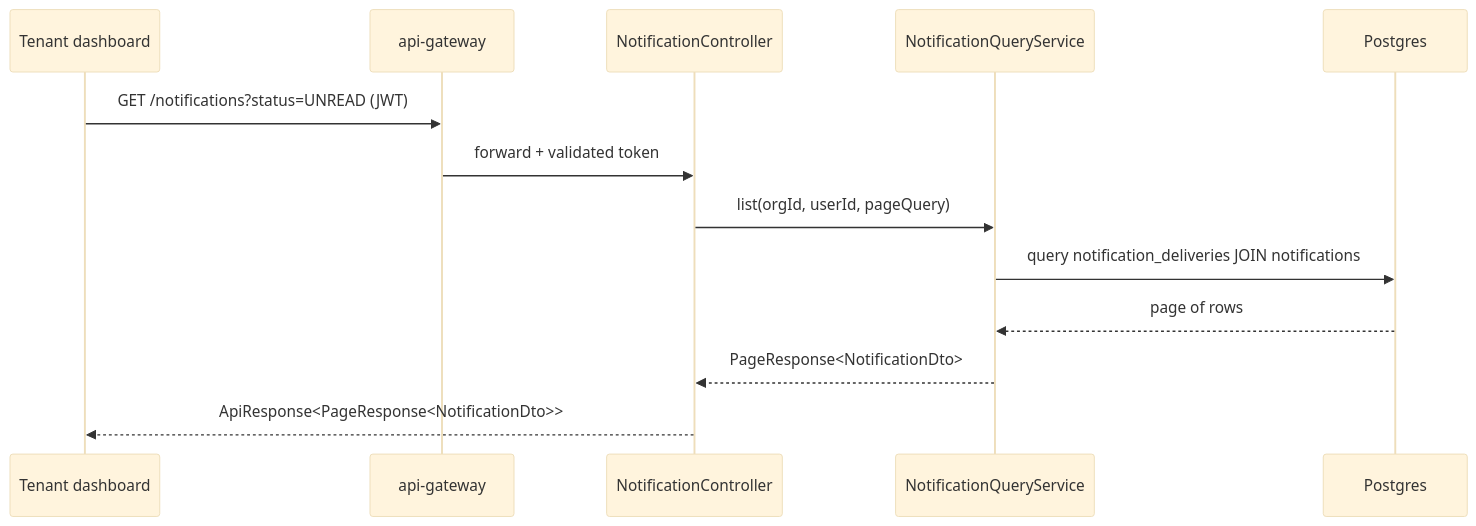
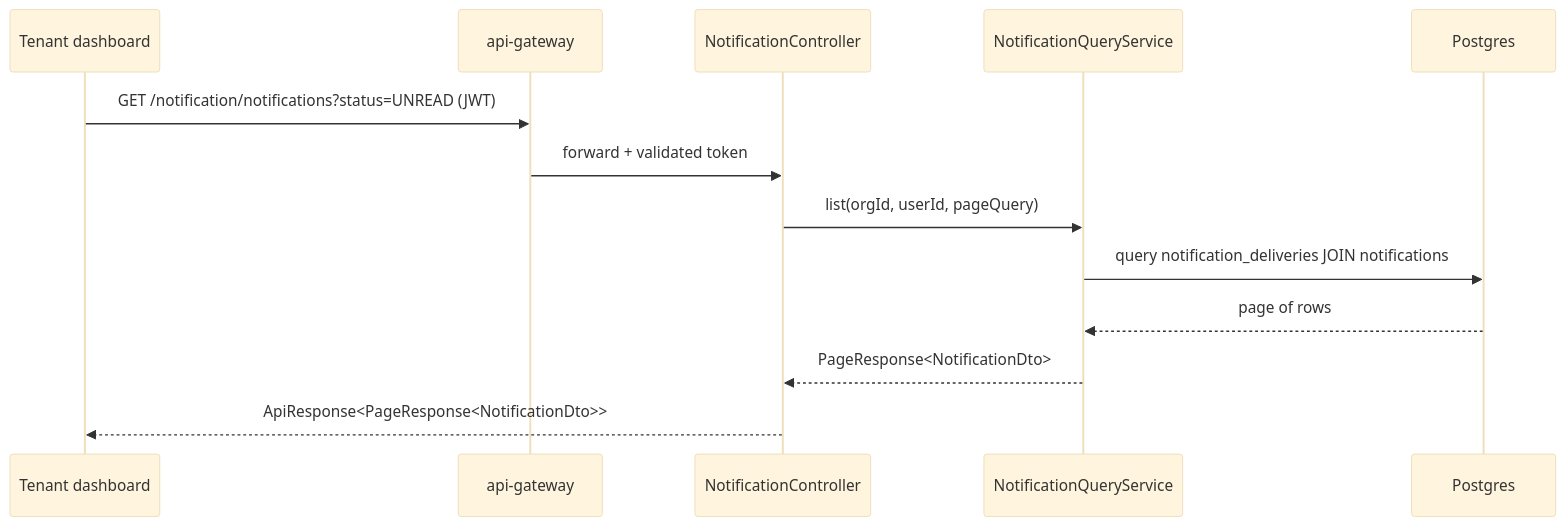
One commit to Wamitinewton/Pallet.io changed the eighth of 11 diagrams in docs/notification-service/ARCHITECTURE.md. Above: the diagram before and after it, drawn with Mermaid (base theme). The commit also changed other lines of this file and 2 other files, not shown here.

First line of the commit message:
feat: namespace notification-service under /notification per ADR-0013

````diff
--- a/docs/notification-service/ARCHITECTURE.md
+++ b/docs/notification-service/ARCHITECTURE.md
@@ -596,16 +602,16 @@
 ```mermaid
 sequenceDiagram
     participant FE as Tenant dashboard
     participant GW as api-gateway
     participant Ctrl as NotificationController
     participant Svc as NotificationQueryService
     participant DDB as Postgres
 
-    FE->>GW: GET /notifications?status=UNREAD (JWT)
+    FE->>GW: GET /notification/notifications?status=UNREAD (JWT)
     GW->>Ctrl: forward + validated token
     Ctrl->>Svc: list(orgId, userId, pageQuery)
     Svc->>DDB: query notification_deliveries JOIN notifications
     DDB-->>Svc: page of rows
     Svc-->>Ctrl: PageResponse<NotificationDto>
     Ctrl-->>FE: ApiResponse<PageResponse<NotificationDto>>
 ```
````
